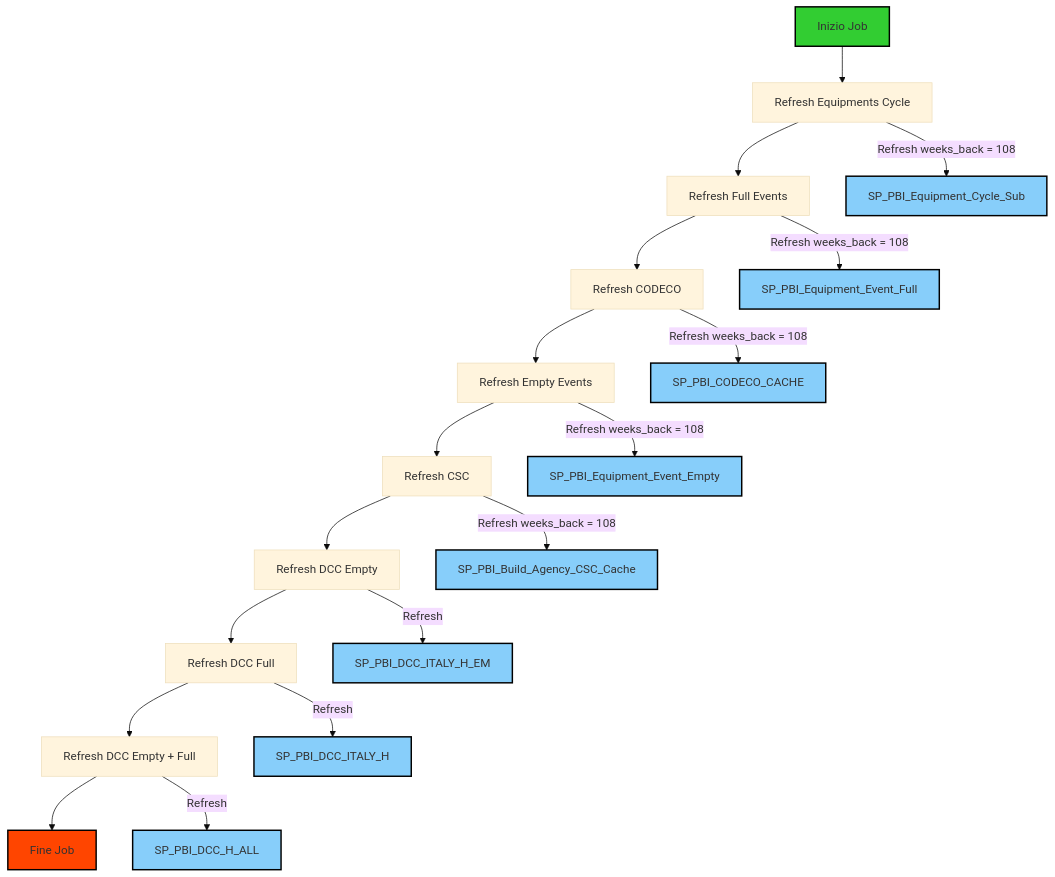
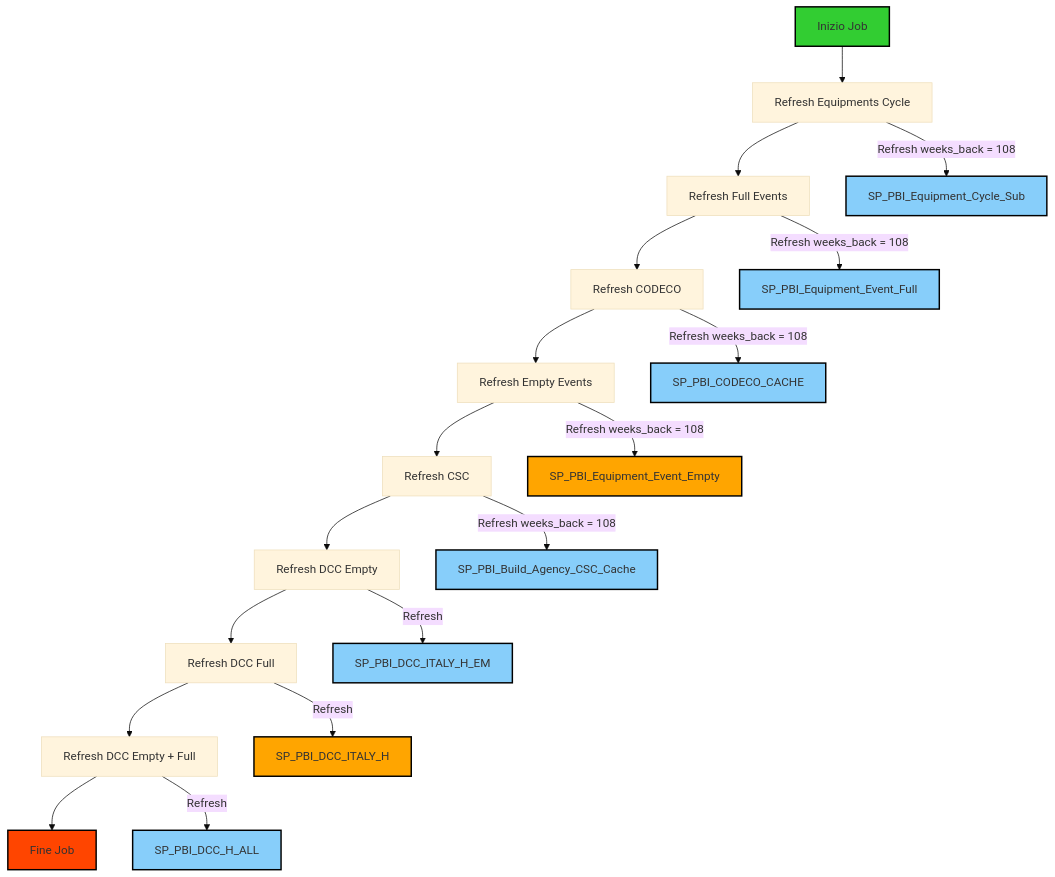
The diagram in DCC_Trasporti_H/README.MD (grellag/Project_Python), drawn with Mermaid before and after one commit.

Commit message:
Evidenza dei 2 step sensibili a selezione eventi

````diff
--- a/DCC_Trasporti_H/README.MD
+++ b/DCC_Trasporti_H/README.MD
@@ -3,36 +3,36 @@
 ```mermaid
 %%{init: {'theme': 'base', 'themeVariables': {'handdraw': true}}}%%
 flowchart TB
     A[Inizio Job] --> B[Refresh Equipments Cycle]
     B --> C[Refresh Full Events]
     C --> D[Refresh CODECO]
     D --> E[Refresh Empty Events]
     E --> F[Refresh CSC]
     F --> G[Refresh DCC Empty]
     G --> H[Refresh DCC Full]
     H --> I[Refresh DCC Empty + Full]
     I --> L[Fine Job]
 
     %% Descrizione dei passi:
 
     B -->|Refresh weeks_back = 108| P[SP_PBI_Equipment_Cycle_Sub]
     C -->|Refresh weeks_back = 108| Q[SP_PBI_Equipment_Event_Full]
     D -->|Refresh weeks_back = 108| R[SP_PBI_CODECO_CACHE]
     E -->|Refresh weeks_back = 108| S[SP_PBI_Equipment_Event_Empty]
     F -->|Refresh weeks_back = 108| T[SP_PBI_Build_Agency_CSC_Cache]
     G -->|Refresh| U[SP_PBI_DCC_ITALY_H_EM]
     H -->|Refresh| V[SP_PBI_DCC_ITALY_H]
     I -->|Refresh| Z[SP_PBI_DCC_H_ALL]
 
     %% Stili personalizzati:
     style A fill:#32CD32,stroke:#000,stroke-width:2px
     style L fill:#FF4500,stroke:#000,stroke-width:2px
     style P fill:#87CEFA,stroke:#000,stroke-width:2px
     style Q fill:#87CEFA,stroke:#000,stroke-width:2px
     style R fill:#87CEFA,stroke:#000,stroke-width:2px
-    style S fill:#87CEFA,stroke:#000,stroke-width:2px
+    style S fill:#FFA500,stroke:#000,stroke-width:2px
     style T fill:#87CEFA,stroke:#000,stroke-width:2px
     style U fill:#87CEFA,stroke:#000,stroke-width:2px
-    style V fill:#87CEFA,stroke:#000,stroke-width:2px
+    style V fill:#FFA500,stroke:#000,stroke-width:2px
     style Z fill:#87CEFA,stroke:#000,stroke-width:2px
 ```
````
